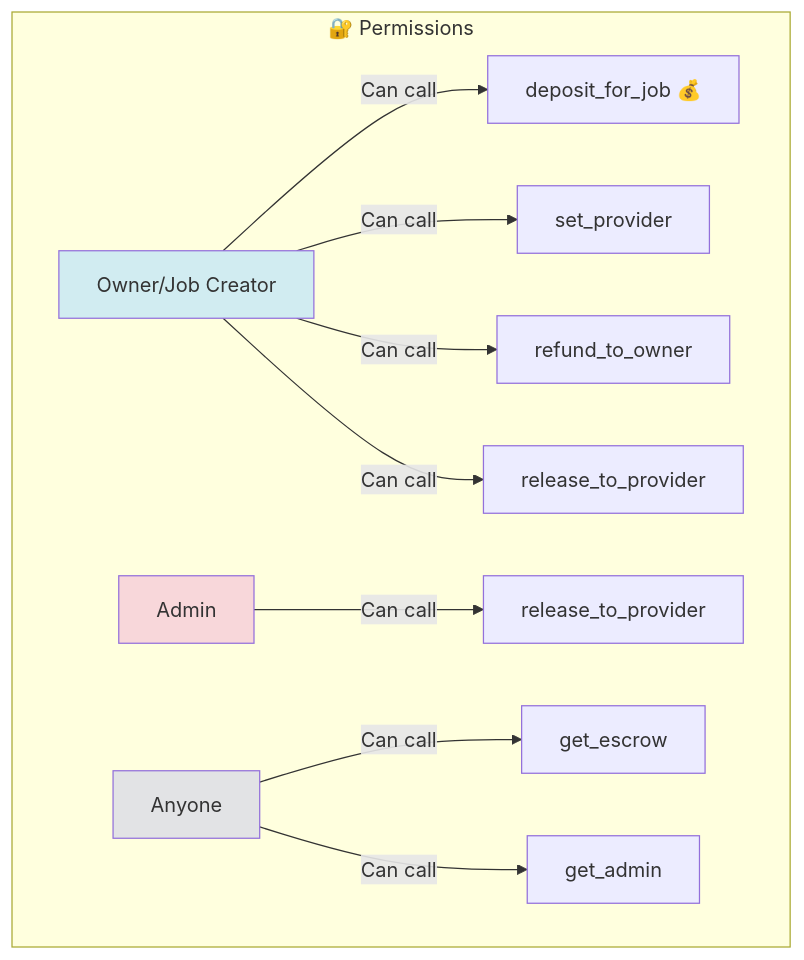
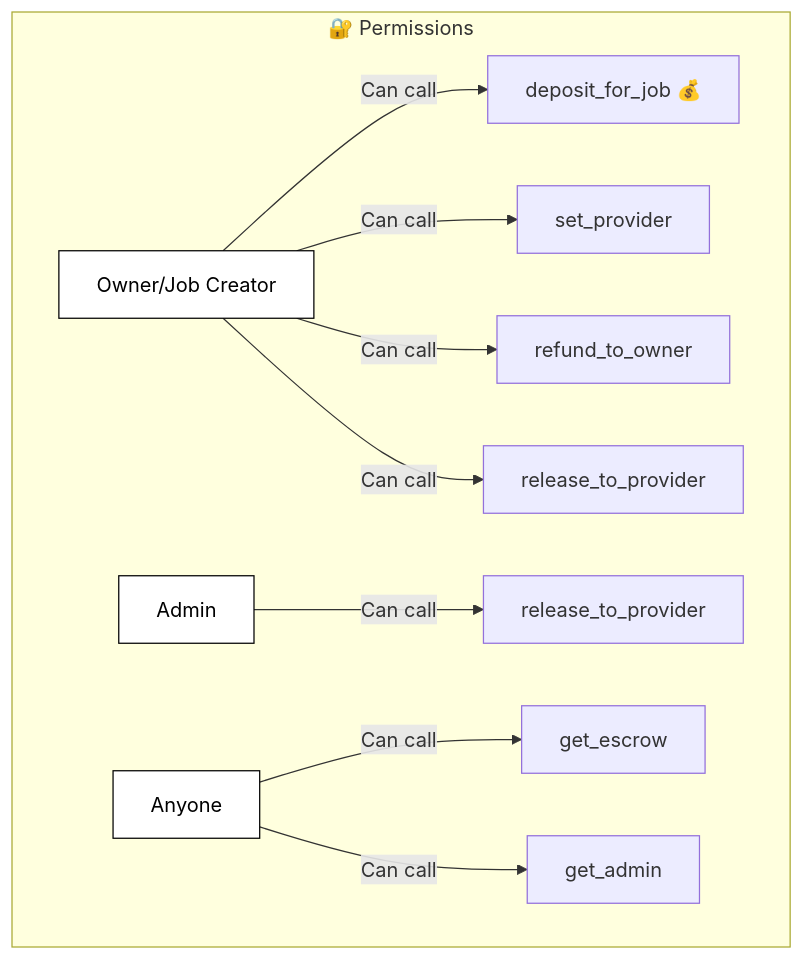
One commit to PolkaMesh/PolkaMesh-Contracts changed diagram 11 of 13 in payment_escrow/README.md. Above: the diagram before and after it, drawn with Mermaid. The commit also changed other lines of this file and 4 other files, not shown here.

````diff
--- a/payment_escrow/README.md
+++ b/payment_escrow/README.md
@@ -255,18 +255,18 @@
 ```mermaid
 graph TB
     subgraph "🔐 Permissions"
         A[Owner/Job Creator] -->|Can call| A1[deposit_for_job 💰]
         A -->|Can call| A2[set_provider]
         A -->|Can call| A3[refund_to_owner]
         A -->|Can call| A4[release_to_provider]
 
         B[Admin] -->|Can call| B1[release_to_provider]
 
         C[Anyone] -->|Can call| C1[get_escrow]
         C -->|Can call| C2[get_admin]
     end
 
-    style A fill:#d1ecf1
-    style B fill:#f8d7da
-    style C fill:#e2e3e5
+    style A fill:#ffffff,stroke:#000000,color:#000000
+    style B fill:#ffffff,stroke:#000000,color:#000000
+    style C fill:#ffffff,stroke:#000000,color:#000000
 ```
````
